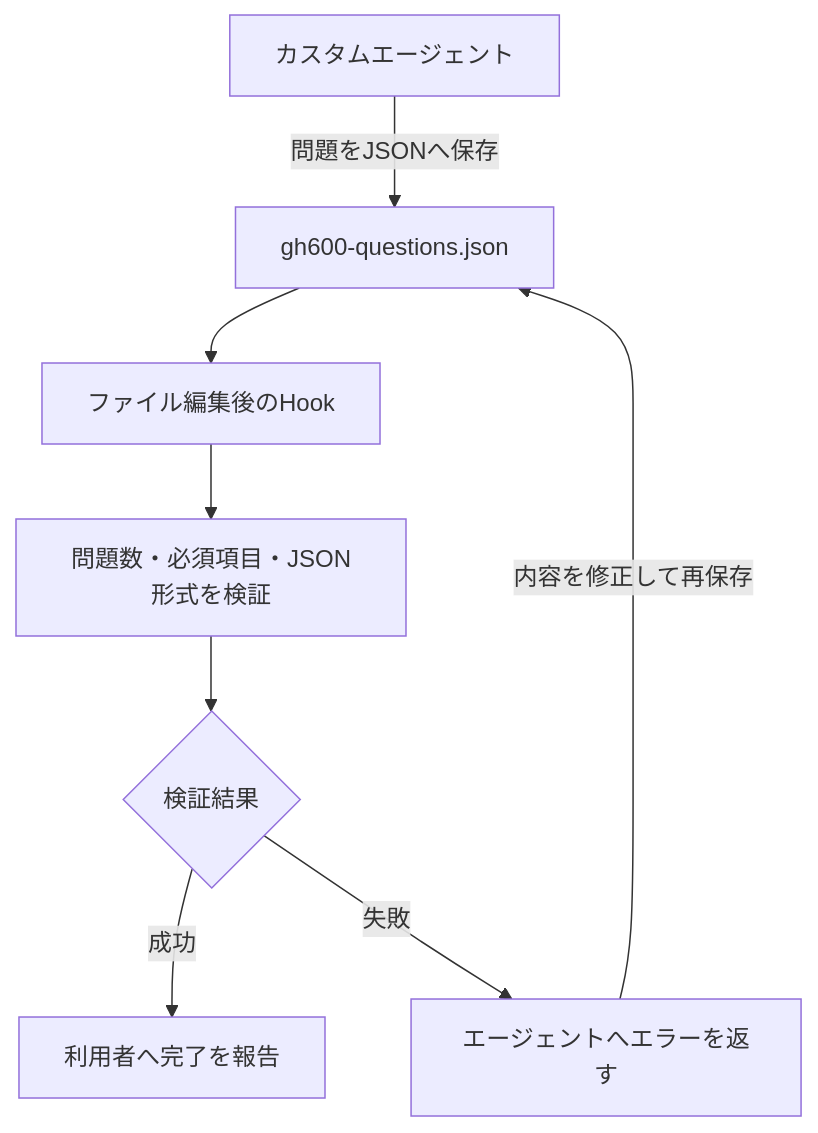
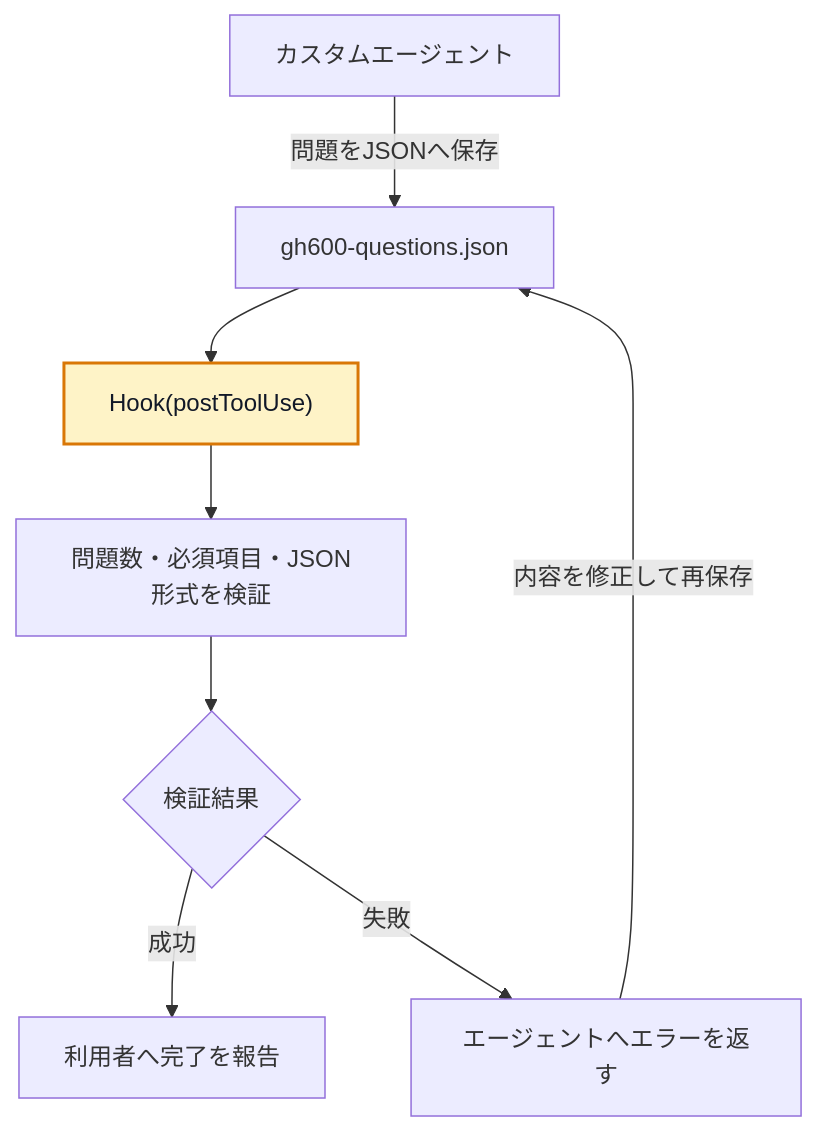
One commit to in0ho1no/weekly_tech_news changed the second of 2 diagrams in 202607/20260720_案件でAIが使えるようになったら/20260828_2_案件でAIが使えるようになったら【追加編】.md. Above: the diagram before and after it, drawn with Mermaid. The commit also changed other lines of this file and 2 other files, not shown here.

````diff
--- a/202607/20260720_案件でAIが使えるようになったら/20260828_2_案件でAIが使えるようになったら【追加編】.md
+++ b/202607/20260720_案件でAIが使えるようになったら/20260828_2_案件でAIが使えるようになったら【追加編】.md
@@ -92,10 +111,11 @@
 ```mermaid
 flowchart TD
     Agent["カスタムエージェント"] -->|"問題をJSONへ保存"| File["gh600-questions.json"]
-    File --> Hook["ファイル編集後のHook"]
+    File --> Hook["Hook(postToolUse)"]
     Hook --> Validate["問題数・必須項目・JSON形式を検証"]
     Validate --> Decision{"検証結果"}
     Decision -->|"成功"| Report["利用者へ完了を報告"]
     Decision -->|"失敗"| Feedback["エージェントへエラーを返す"]
     Feedback -->|"内容を修正して再保存"| File
+    style Hook fill:#fef3c7,stroke:#d97706,stroke-width:2px,color:#111827
 ```
````
